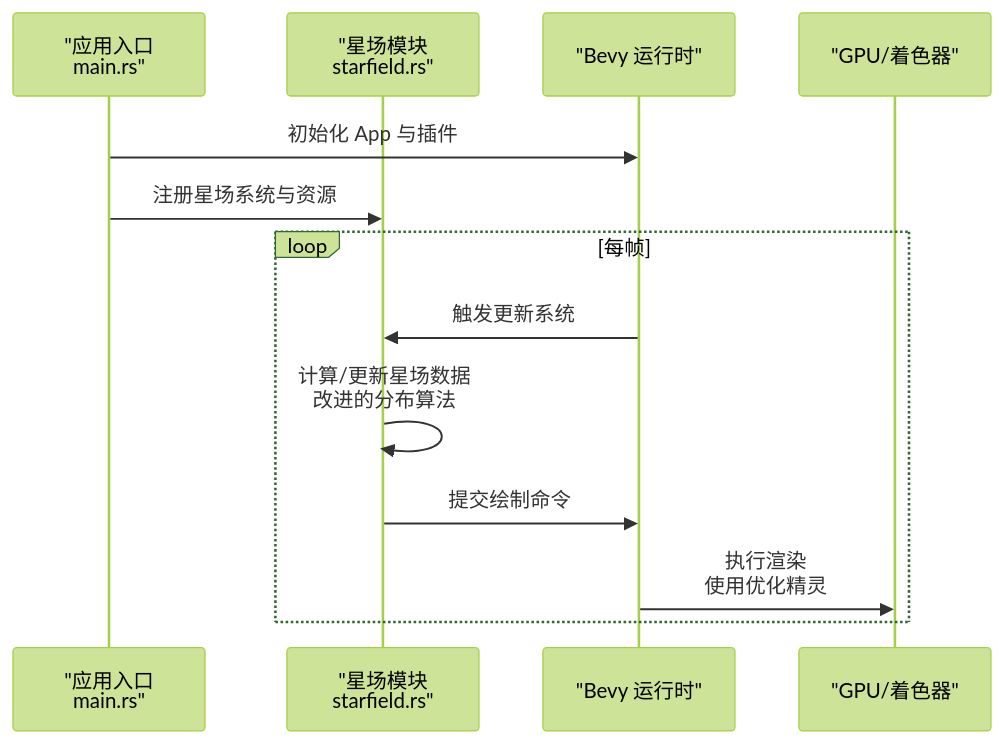
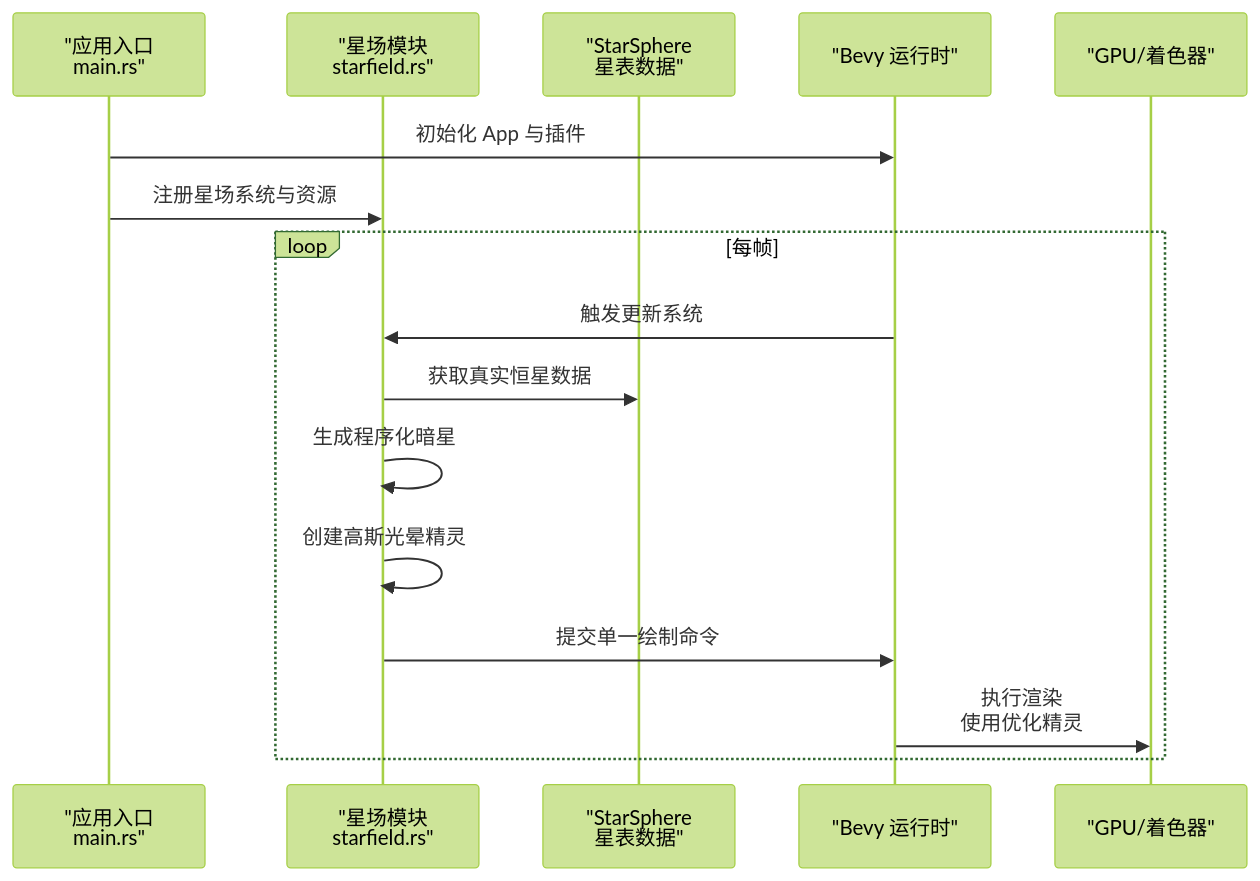
One commit to rzhangjing/cesium changed the second of 5 diagrams in .qoder/repowiki/zh/content/项目概述/核心特性/3D渲染引擎/特效与后处理系统/星场渲染器.md. Above: the diagram before and after it, drawn with Mermaid (forest theme). The commit also changed other lines of this file and 6 other files, not shown here.

````diff
--- a/.qoder/repowiki/zh/content/项目概述/核心特性/3D渲染引擎/特效与后处理系统/星场渲染器.md
+++ b/.qoder/repowiki/zh/content/项目概述/核心特性/3D渲染引擎/特效与后处理系统/星场渲染器.md
@@ -75,15 +85,18 @@
 ```mermaid
 sequenceDiagram
 participant Main as "应用入口<br/>main.rs"
 participant Star as "星场模块<br/>starfield.rs"
+participant StarSphere as "StarSphere<br/>星表数据"
 participant Bevy as "Bevy 运行时"
 participant GPU as "GPU/着色器"
 Main->>Bevy : 初始化 App 与插件
 Main->>Star : 注册星场系统与资源
 loop 每帧
 Bevy->>Star : 触发更新系统
-Star->>Star : 计算/更新星场数据<br/>改进的分布算法
-Star->>Bevy : 提交绘制命令
+Star->>StarSphere : 获取真实恒星数据
+Star->>Star : 生成程序化暗星
+Star->>Star : 创建高斯光晕精灵
+Star->>Bevy : 提交单一绘制命令
 Bevy->>GPU : 执行渲染<br/>使用优化精灵
 end
 ```
````
